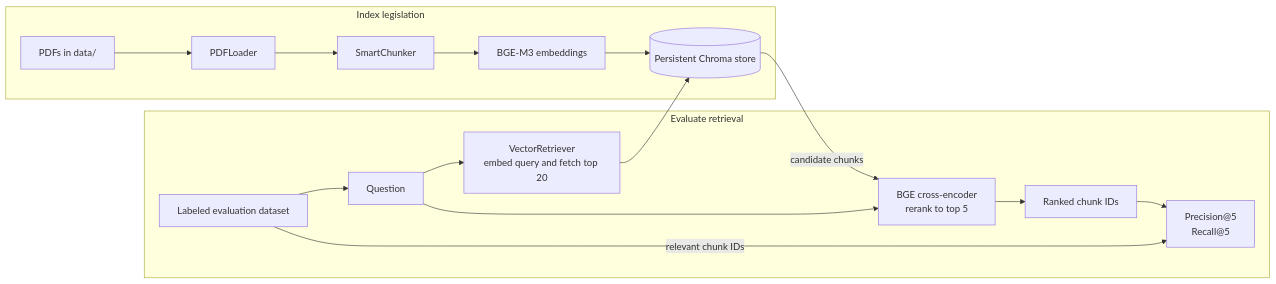
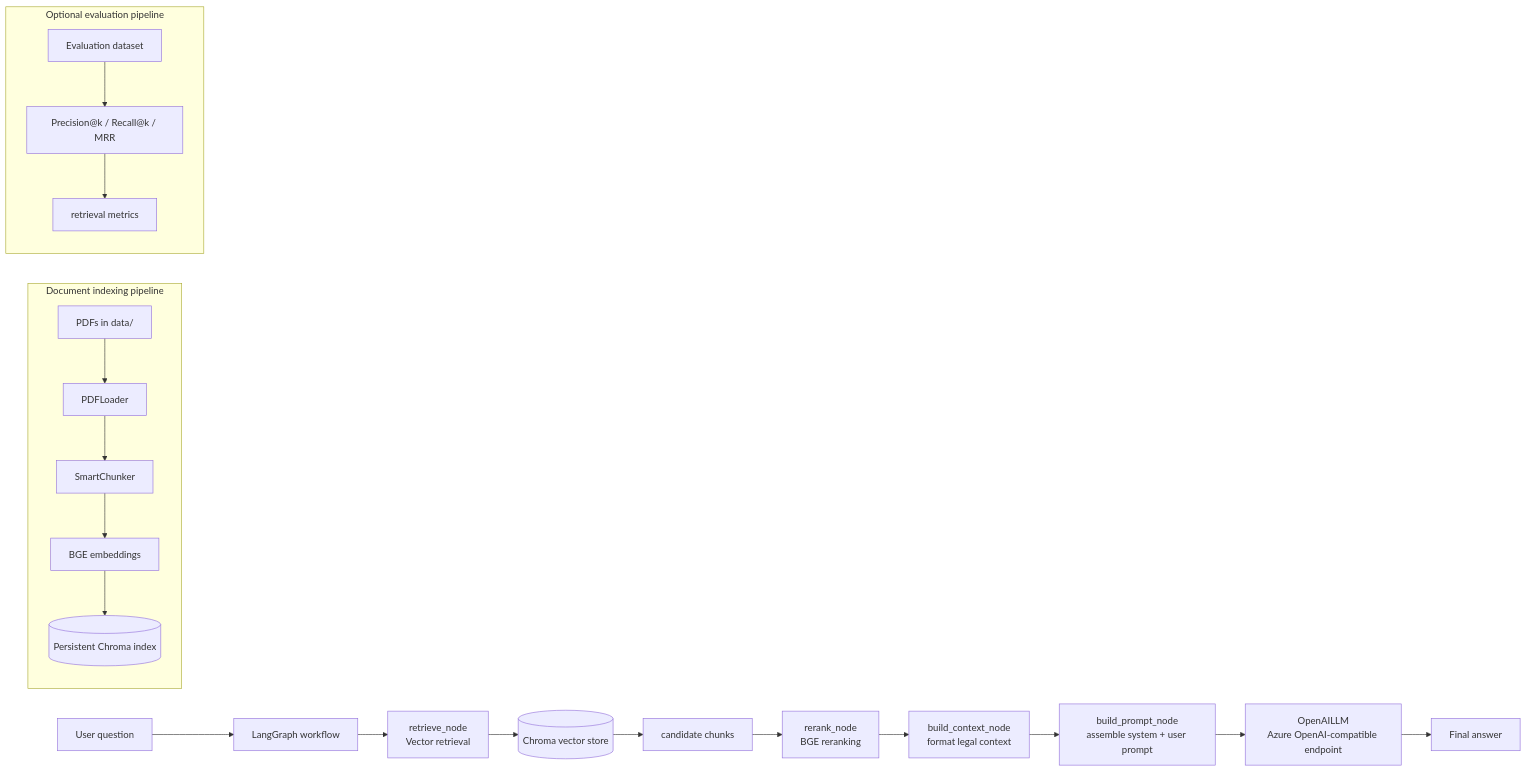
One commit to FazalHussain/uae_legislation_agent changed the diagram in README.md. Above: the diagram before and after it, drawn with Mermaid. The commit also changed other lines of this file, not shown here.

Commit message:
feat: enhance README and restructure project components for UAE Government Legislation Agent

````diff
--- a/README.md
+++ b/README.md
@@ -9,20 +9,24 @@
 ```mermaid
 flowchart LR
-  subgraph Indexing["Index legislation"]
-    PDFs["PDFs in data/"] --> Loader["PDFLoader"]
-    Loader --> Chunker["SmartChunker"]
-    Chunker --> Embed["BGE-M3 embeddings"]
-    Embed --> Chroma[("Persistent Chroma store")]
-  end
+    User["User question"] --> Graph["LangGraph workflow"]
+    Graph --> Retrieve["retrieve_node\nVector retrieval"]
+    Retrieve --> Chroma[("Chroma vector store")]
+    Chroma --> Candidate["candidate chunks"]
+    Candidate --> Rerank["rerank_node\nBGE reranking"]
+    Rerank --> Context["build_context_node\nformat legal context"]
+    Context --> Prompt["build_prompt_node\nassemble system + user prompt"]
+    Prompt --> LLM["OpenAILLM\nAzure OpenAI-compatible endpoint"]
+    LLM --> Answer["Final answer"]
 
-  subgraph Evaluation["Evaluate retrieval"]
-    Dataset["Labeled evaluation dataset"] --> Question["Question"]
-    Question --> Retriever["VectorRetriever<br/>embed query and fetch top 20"]
-    Retriever --> Chroma
-    Chroma -->|"candidate chunks"| Reranker["BGE cross-encoder<br/>rerank to top 5"]
-    Question --> Reranker
-    Reranker --> Results["Ranked chunk IDs"]
-    Results --> Metrics["Precision@5<br/>Recall@5"]
-    Dataset -->|"relevant chunk IDs"| Metrics
-  end
+    subgraph Indexing["Document indexing pipeline"]
+        Docs["PDFs in data/"] --> Loader["PDFLoader"]
+        Loader --> Chunker["SmartChunker"]
+        Chunker --> Embed["BGE embeddings"]
+        Embed --> Index[("Persistent Chroma index")]
+    end
+
+    subgraph Eval["Optional evaluation pipeline"]
+        EvalData["Evaluation dataset"] --> Metrics["Precision@k / Recall@k / MRR"]
+        Metrics --> Results["retrieval metrics"]
+    end
 ```
````
